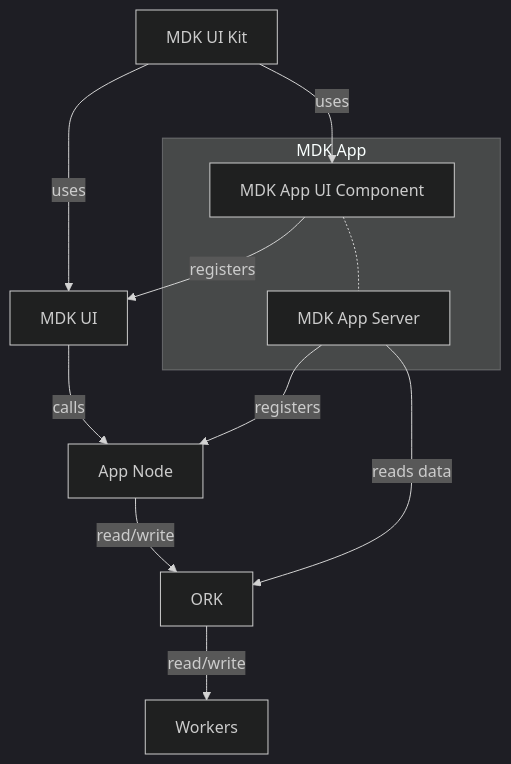
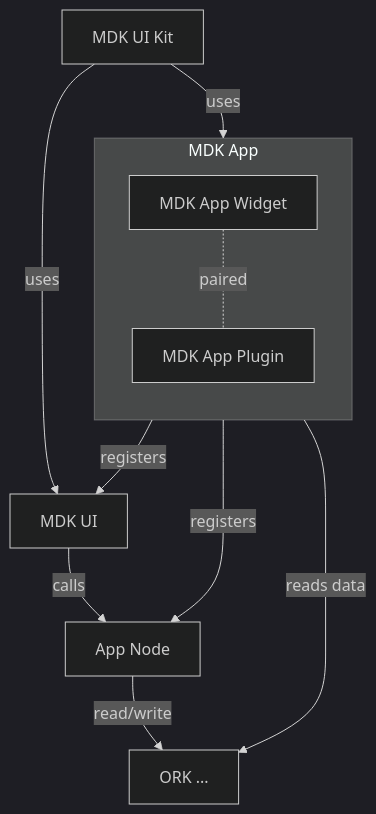
The first of 3 diagrams in docs/hld-mdk-app.md (Gio-Galt/mdk-be), drawn with Mermaid (dark theme) before and after one commit. The commit also changed other lines of this file, not shown here.

Commit message:
docs: rename app components to Plugin/Widget and define AI agent integration paths in HLD.

````diff
--- a/docs/hld-mdk-app.md
+++ b/docs/hld-mdk-app.md
@@ -31,23 +33,21 @@
 ```mermaid
 flowchart TD
     UIKIT[MDK UI Kit]
 
-    UIKIT -->|uses| APPUI[MDK App UI Component]
+    subgraph MDK App
+        direction TB
+        WIDGET[MDK App Widget]
+        PLUGIN[MDK App Plugin]
+        WIDGET -.- |paired| PLUGIN
+    end
+
+    UIKIT -->|uses| WIDGET
     UIKIT -->|uses| MDKUI[MDK UI]
+
+    WIDGET -->|registers| MDKUI
     MDKUI -->|calls| APPNODE[App Node]
 
-    APPUI -->|registers| MDKUI
-    APPSRV[MDK App Server] -->|registers| APPNODE
-
-    APPNODE -->|read/write| ORK[ORK]
-    APPSRV[MDK App Server] -->|reads data| ORK
-
-    APPUI -.- APPSRV
-
-    subgraph MDK App
-        APPUI[MDK App UI Component]
-        APPSRV[MDK App Server]
-    end
-
-    ORK -->|read/write| WORKERS[Workers]
+    PLUGIN -->|registers| APPNODE
+    PLUGIN -->|reads data| ORK[ORK ...]
+    APPNODE -->|read/write| ORK
 ```
````
